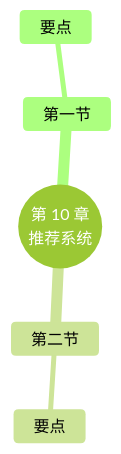
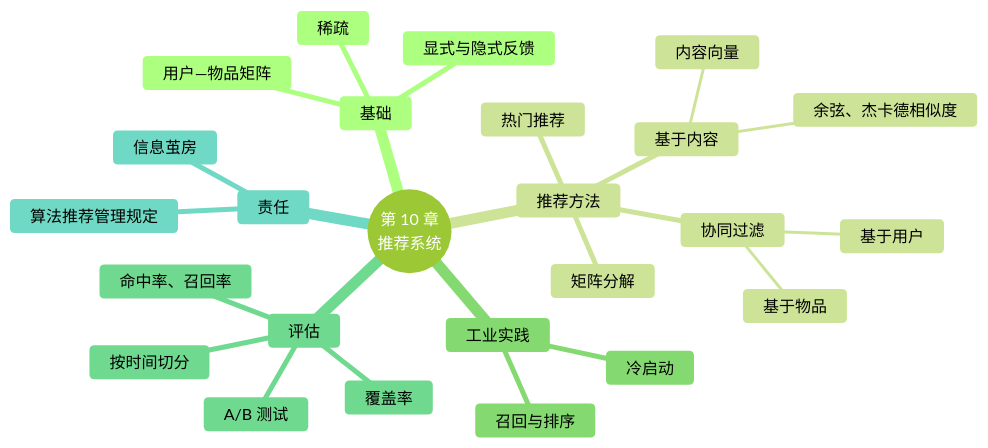
One commit to MingziFu9/ai-data-analysis changed the diagram in docs/chapters/10-recommendation/index.md. Above: the diagram before and after it, drawn with Mermaid (forest theme). The commit also changed other lines of this file and 10 other files, not shown here.

````diff
--- a/docs/chapters/10-recommendation/index.md
+++ b/docs/chapters/10-recommendation/index.md
@@ -188,8 +494,28 @@
 ```mermaid
 mindmap
   root((第 10 章<br/>推荐系统))
-    第一节
-      要点
-    第二节
-      要点
+    基础
+      用户—物品矩阵
+      稀疏
+      显式与隐式反馈
+    推荐方法
+      热门推荐
+      基于内容
+        内容向量
+        余弦、杰卡德相似度
+      协同过滤
+        基于用户
+        基于物品
+      矩阵分解
+    工业实践
+      召回与排序
+      冷启动
+    评估
+      按时间切分
+      命中率、召回率
+      覆盖率
+      A/B 测试
+    责任
+      信息茧房
+      算法推荐管理规定
 ```
````
